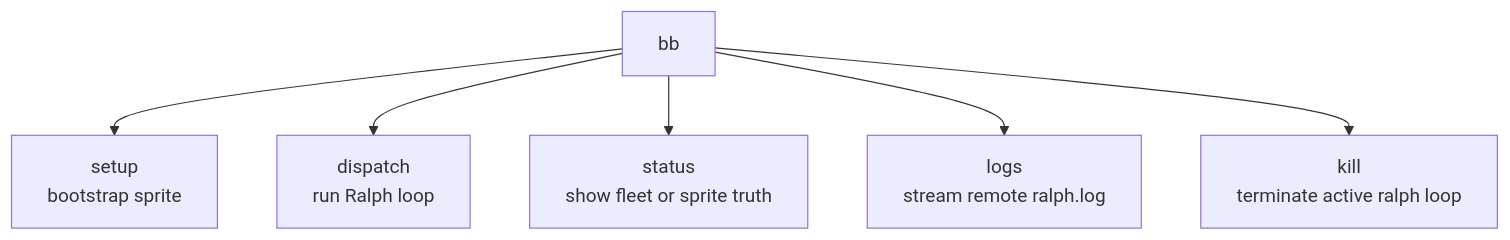
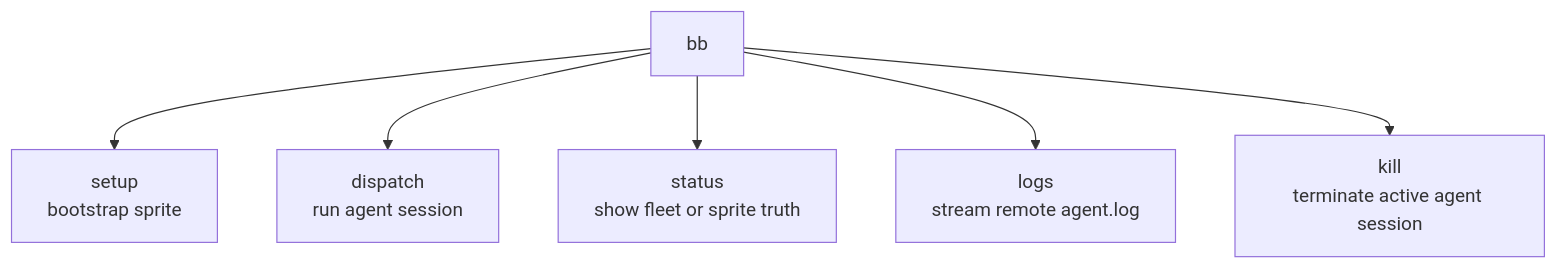
One commit to misty-step/bitterblossom changed the first of 5 diagrams in docs/architecture/bb-cli.md. Above: the diagram before and after it, drawn with Mermaid. The commit also changed other lines of this file and 49 other files, not shown here.

````diff
--- a/docs/architecture/bb-cli.md
+++ b/docs/architecture/bb-cli.md
@@ -16,8 +16,8 @@
 ```mermaid
 flowchart TD
     Root["bb"] --> Setup["setup\nbootstrap sprite"]
-    Root --> Dispatch["dispatch\nrun Ralph loop"]
+    Root --> Dispatch["dispatch\nrun agent session"]
     Root --> Status["status\nshow fleet or sprite truth"]
-    Root --> Logs["logs\nstream remote ralph.log"]
-    Root --> Kill["kill\nterminate active ralph loop"]
+    Root --> Logs["logs\nstream remote agent.log"]
+    Root --> Kill["kill\nterminate active agent session"]
 ```
````
